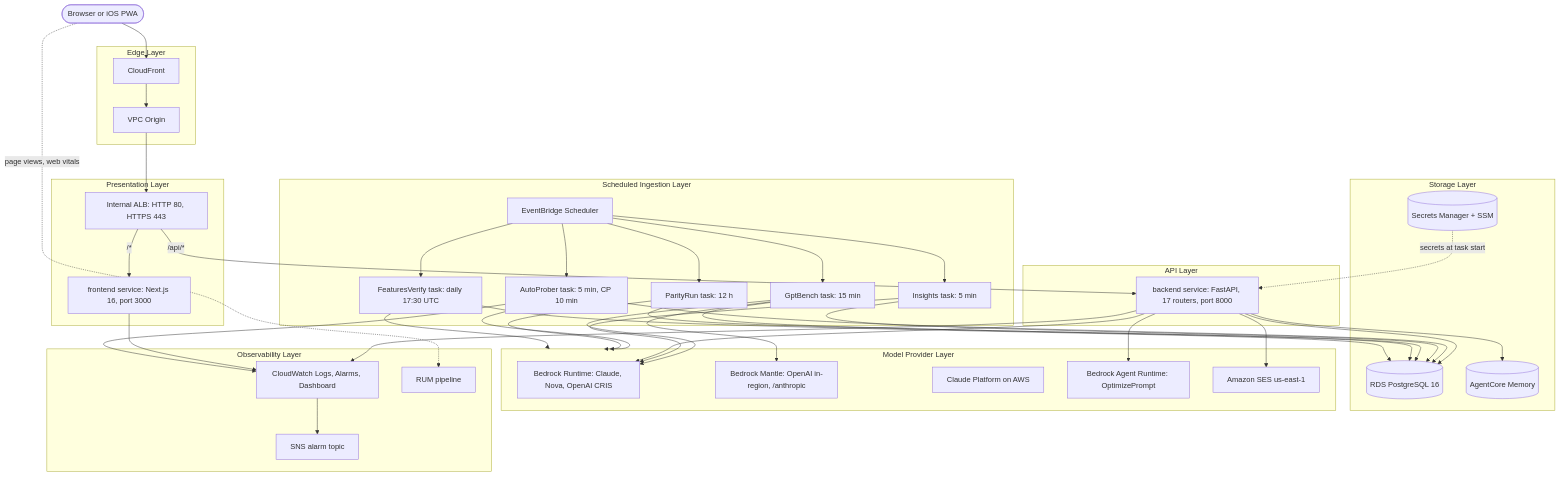
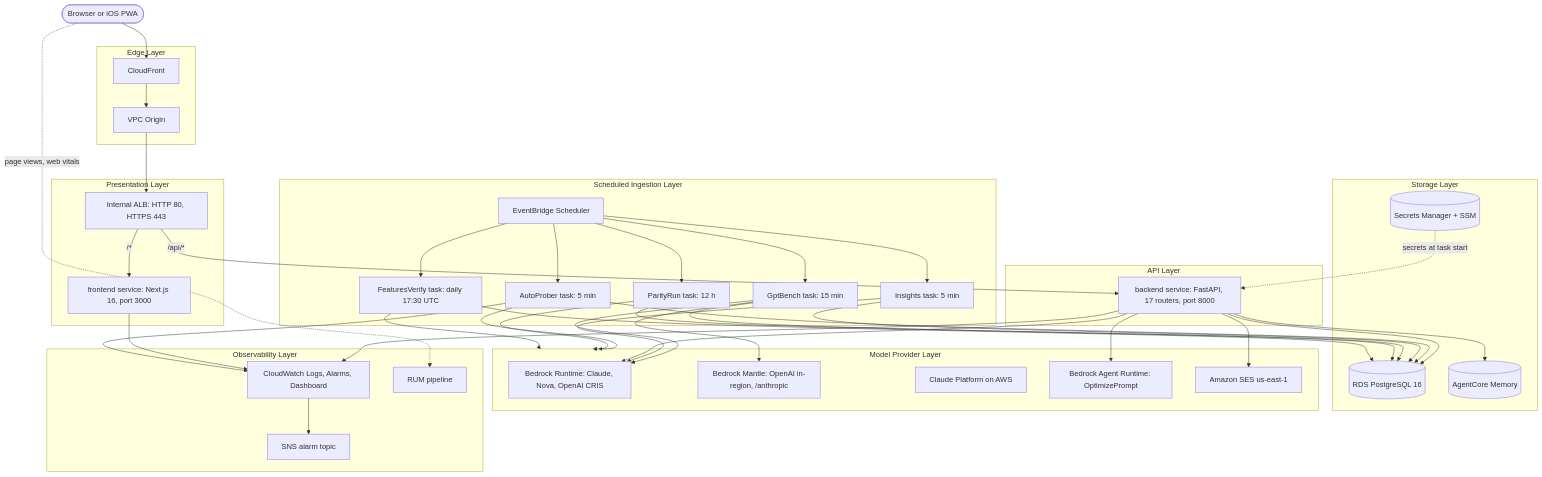
Before and after one commit to whchoi98/model-monitoring: the first of 6 diagrams in docs/architecture.md, drawn with Mermaid. The commit also changed other lines of this file and 15 other files, not shown here.

````diff
--- a/docs/architecture.md
+++ b/docs/architecture.md
@@ -22,64 +22,64 @@
 ```mermaid
 flowchart TB
   user([Browser or iOS PWA])
 
   subgraph edgeLayer[Edge Layer]
     cf[CloudFront]
     vpco[VPC Origin]
   end
 
   subgraph presentation[Presentation Layer]
     alb["Internal ALB: HTTP 80, HTTPS 443"]
     fe["frontend service: Next.js 16, port 3000"]
   end
 
   subgraph apilayer[API Layer]
     be["backend service: FastAPI, 17 routers, port 8000"]
   end
 
   subgraph ingestion[Scheduled Ingestion Layer]
     sched[EventBridge Scheduler]
-    ap["AutoProber task: 5 min, CP 10 min"]
+    ap["AutoProber task: 5 min"]
     ins["Insights task: 5 min"]
     par["ParityRun task: 12 h"]
     gpt["GptBench task: 15 min"]
     feat["FeaturesVerify task: daily 17:30 UTC"]
   end
 
   subgraph storage[Storage Layer]
     rds[(RDS PostgreSQL 16)]
     mem[(AgentCore Memory)]
     sec[(Secrets Manager + SSM)]
   end
 
   subgraph providers[Model Provider Layer]
     br["Bedrock Runtime: Claude, Nova, OpenAI CRIS"]
     mantle["Bedrock Mantle: OpenAI in-region, /anthropic"]
     cp[Claude Platform on AWS]
     opt["Bedrock Agent Runtime: OptimizePrompt"]
     ses["Amazon SES us-east-1"]
   end
 
   subgraph obs[Observability Layer]
     cw["CloudWatch Logs, Alarms, Dashboard"]
     sns[SNS alarm topic]
     rum[RUM pipeline]
   end
 
   user --> cf --> vpco --> alb
   alb -->|"/*"| fe
   alb -->|"/api/*"| be
   sched --> ap & ins & par & gpt & feat
   ap & par & feat --> providers
   gpt --> br & mantle
   ins --> br
   be --> br
   be --> opt
   be --> ses
   be --> mem
   be & ap & ins & par & gpt & feat --> rds
   sec -.->|"secrets at task start"| be
   be & fe & ap --> cw
   cw --> sns
   user -.->|"page views, web vitals"| rum
 ```
````
